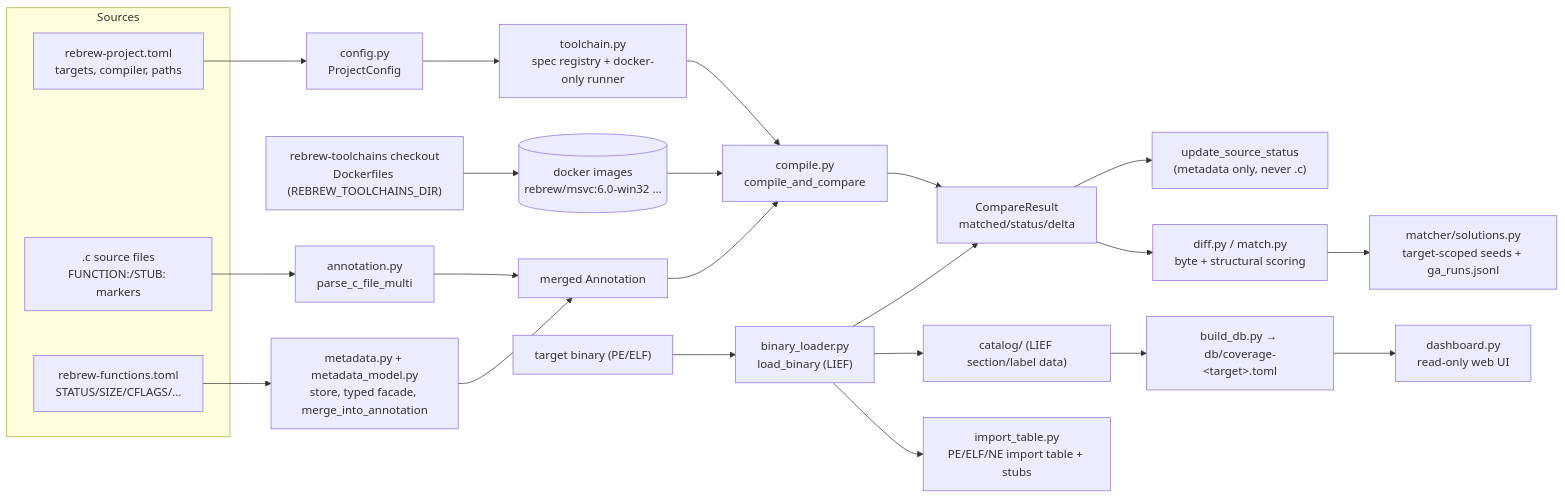
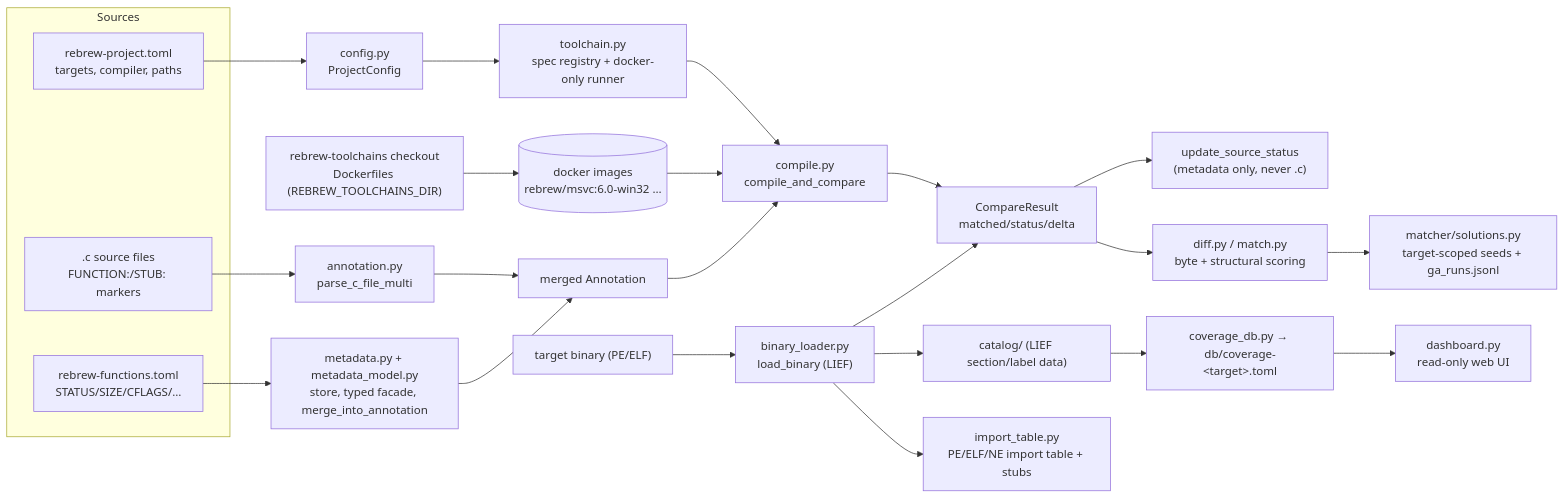
The diagram in docs/ARCHITECTURE.md (maci0/rebrew), drawn with Mermaid before and after one commit. The commit also changed 17 other files, not shown here.

Commit message:
refactor: split build_db into coverage_db library and build-db command

````diff
--- a/docs/ARCHITECTURE.md
+++ b/docs/ARCHITECTURE.md
@@ -29,35 +29,35 @@
 ```mermaid
 flowchart LR
     subgraph Sources
         C[".c source files<br/>FUNCTION:/STUB: markers"]
         TOML["rebrew-project.toml<br/>targets, compiler, paths"]
         META["rebrew-functions.toml<br/>STATUS/SIZE/CFLAGS/…"]
     end
 
     C --> ANNOT["annotation.py<br/>parse_c_file_multi"]
     META --> FACADE["metadata.py + metadata_model.py<br/>store, typed facade, merge_into_annotation"]
     TOML --> CFG["config.py<br/>ProjectConfig"]
 
     ANNOT --> MERGED["merged Annotation"]
     FACADE --> MERGED
 
     CFG --> TOOLCHAIN["toolchain.py<br/>spec registry + docker-only runner"]
     RT["rebrew-toolchains checkout<br/>Dockerfiles (REBREW_TOOLCHAINS_DIR)"] --> IMG[("docker images<br/>rebrew/msvc:6.0-win32 …")]
     TOOLCHAIN --> COMPILE["compile.py<br/>compile_and_compare"]
     IMG --> COMPILE
 
     BIN["target binary (PE/ELF)"] --> LOAD["binary_loader.py<br/>load_binary (LIEF)"]
     MERGED --> COMPILE
     COMPILE --> CMP["CompareResult<br/>matched/status/delta"]
     LOAD --> CMP
 
     CMP --> STATUS["update_source_status<br/>(metadata only, never .c)"]
     CMP --> DIFF["diff.py / match.py<br/>byte + structural scoring"]
 
     LOAD --> CATALOG["catalog/ (LIEF section/label data)"]
-    CATALOG --> DB["build_db.py → db/coverage-&lt;target&gt;.toml"]
+    CATALOG --> DB["coverage_db.py → db/coverage-&lt;target&gt;.toml"]
     DB --> DASH["dashboard.py<br/>read-only web UI"]
 
     LOAD --> IMPORTS["import_table.py<br/>PE/ELF/NE import table + stubs"]
     DIFF --> SOL["matcher/solutions.py<br/>target-scoped seeds + ga_runs.jsonl"]
 ```
````
